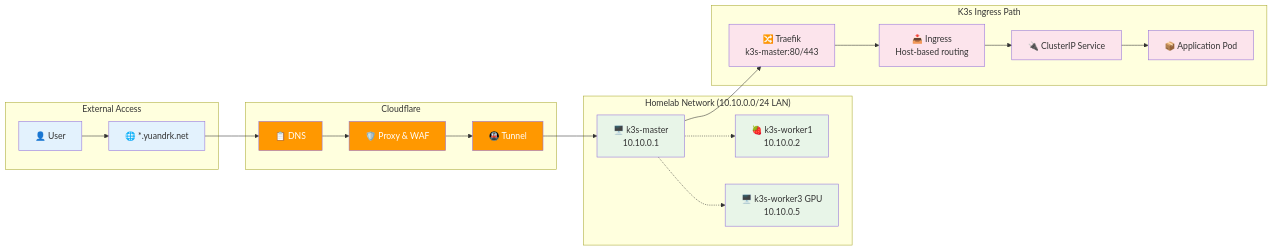
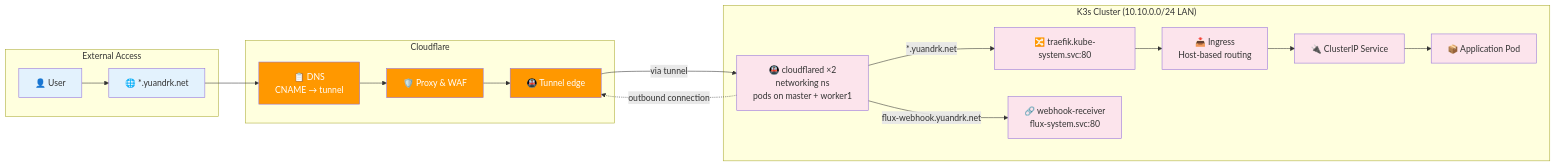
One commit to yuandrk/homelabops changed the second of 6 diagrams in docs/architecture-diagrams.md. Above: the diagram before and after it, drawn with Mermaid. The commit also changed other lines of this file, not shown here.

First line of the commit message:
docs: rewrite architecture diagrams to match live cluster state

````diff
--- a/docs/architecture-diagrams.md
+++ b/docs/architecture-diagrams.md
@@ -156,53 +150,45 @@
 ```mermaid
 flowchart LR
     subgraph "External Access"
         User[👤 User]
         Domain[🌐 *.yuandrk.net]
     end
 
     subgraph "Cloudflare"
-        CF_DNS[📋 DNS]
-        CF_Tunnel[🚇 Tunnel]
+        CF_DNS[📋 DNS<br/>CNAME → tunnel]
         CF_Proxy[🛡️ Proxy & WAF]
+        CF_Edge[🚇 Tunnel edge]
     end
 
-    subgraph "Homelab Network (10.10.0.0/24 LAN)"
-        Master_Node[🖥️ k3s-master<br/>10.10.0.1]
-        Worker1_Node[🍓 k3s-worker1<br/>10.10.0.2]
-        Worker3_Node[🖥️ k3s-worker3 GPU<br/>10.10.0.5]
-    end
-
-    subgraph "K3s Ingress Path"
-        Traefik_LB[🔀 Traefik<br/>k3s-master:80/443]
+    subgraph "K3s Cluster (10.10.0.0/24 LAN)"
+        Cloudflared[🚇 cloudflared ×2<br/>networking ns<br/>pods on master + worker1]
+        TraefikSvc[🔀 traefik.kube-system.svc:80]
+        WebhookSvc[🔗 webhook-receiver<br/>flux-system.svc:80]
         Ingress[📥 Ingress<br/>Host-based routing]
         Service[🔌 ClusterIP Service]
         Pod[📦 Application Pod]
     end
 
     %% External flow
     User --> Domain
     Domain --> CF_DNS
     CF_DNS --> CF_Proxy
-    CF_Proxy --> CF_Tunnel
-    CF_Tunnel --> Master_Node
+    CF_Proxy --> CF_Edge
+    Cloudflared -.->|outbound connection| CF_Edge
+    CF_Edge -->|via tunnel| Cloudflared
 
-    %% Internal K3s flow
-    Master_Node --> Traefik_LB
-    Traefik_LB --> Ingress
+    %% Internal routing
+    Cloudflared -->|"*.yuandrk.net"| TraefikSvc
+    Cloudflared -->|flux-webhook.yuandrk.net| WebhookSvc
+    TraefikSvc --> Ingress
     Ingress --> Service
     Service --> Pod
 
-    %% Cluster network
-    Master_Node -.-> Worker1_Node
-    Master_Node -.-> Worker3_Node
-
     classDef external fill:#e3f2fd
     classDef cloudflare fill:#ff9800,color:#fff
-    classDef network fill:#e8f5e8
     classDef k3s fill:#fce4ec
 
     class User,Domain external
-    class CF_DNS,CF_Tunnel,CF_Proxy cloudflare
-    class Master_Node,Worker1_Node,Worker3_Node network
-    class Traefik_LB,Ingress,Service,Pod k3s
+    class CF_DNS,CF_Proxy,CF_Edge cloudflare
+    class Cloudflared,TraefikSvc,WebhookSvc,Ingress,Service,Pod k3s
 ```
````
